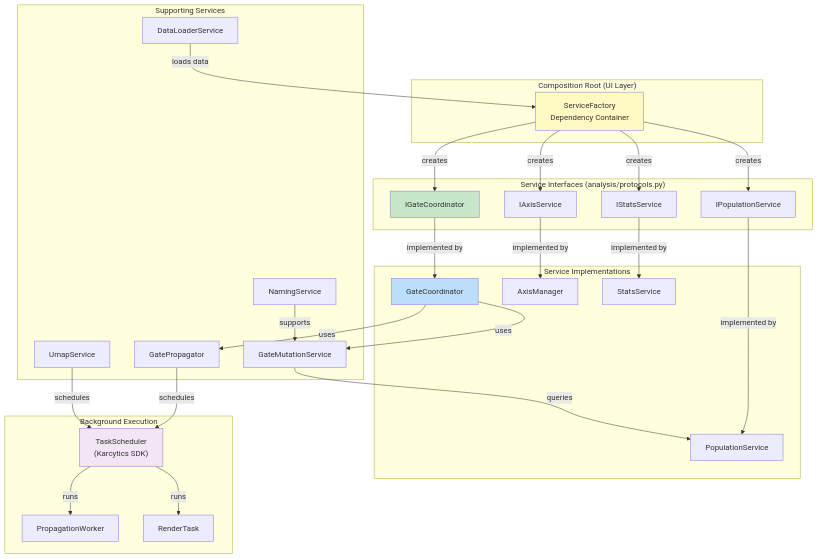
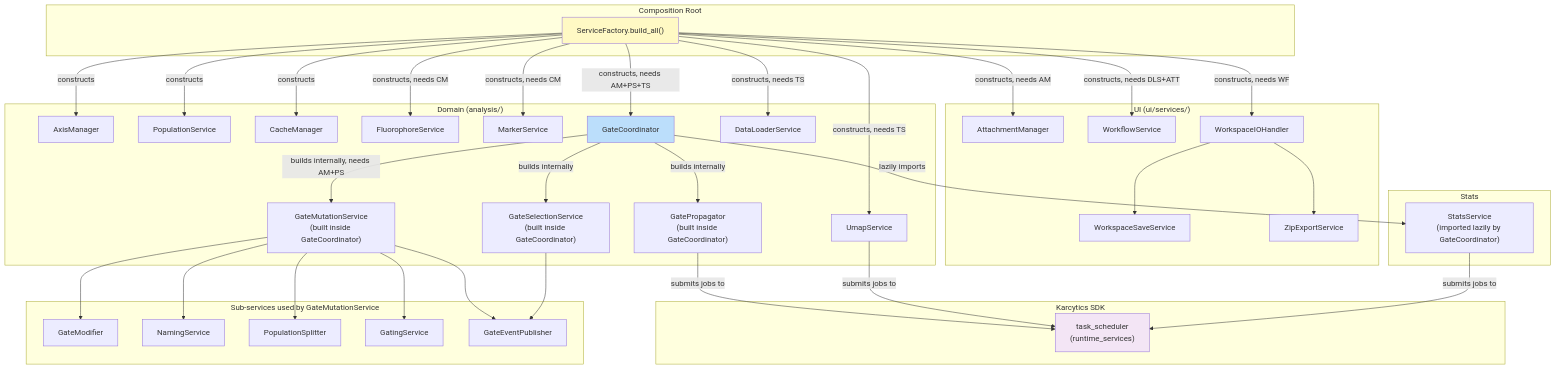
Before and after one commit to KalaimaranB/BioPro-flow-cytometry: the diagram in docs/developer/04_SERVICES_AND_DEPENDENCY_INJECTION.md, drawn with Mermaid. The commit also changed other lines of this file and 53 other files, not shown here.

````diff
--- a/docs/developer/04_SERVICES_AND_DEPENDENCY_INJECTION.md
+++ b/docs/developer/04_SERVICES_AND_DEPENDENCY_INJECTION.md
@@ -11,60 +82,78 @@
 ```mermaid
 graph TB
-    subgraph "Composition Root (UI Layer)"
-        SF["ServiceFactory<br/>Dependency Container"]
+    subgraph SDK["Karcytics SDK"]
+        TS["task_scheduler<br/>(runtime_services)"]
     end
 
-    subgraph "Service Interfaces (analysis/protocols.py)"
-        IGC["IGateCoordinator"]
-        IPS["IPopulationService"]
-        IAS["IAxisService"]
-        ISS["IStatsService"]
+    subgraph Root["Composition Root"]
+        SF["ServiceFactory.build_all()"]
     end
 
-    subgraph "Service Implementations"
+    subgraph Domain["Domain (analysis/)"]
+        AM["AxisManager"]
+        PS["PopulationService"]
+        CM["CacheManager"]
+        FS["FluorophoreService"]
+        MS["MarkerService"]
         GC["GateCoordinator"]
-        PS["PopulationService"]
-        AS["AxisManager"]
-        SS["StatsService"]
+        GP["GatePropagator<br/>(built inside GateCoordinator)"]
+        SEL["GateSelectionService<br/>(built inside GateCoordinator)"]
+        MUT["GateMutationService<br/>(built inside GateCoordinator)"]
+        DLS["DataLoaderService"]
+        US["UmapService"]
     end
 
-    subgraph "Supporting Services"
-        GMS["GateMutationService"]
-        GP["GatePropagator"]
-        NS["NamingService"]
-        US["UmapService"]
-        DLS["DataLoaderService"]
+    subgraph MutationDeps["Sub-services used by GateMutationService"]
+        MOD["GateModifier"]
+        NAM["NamingService"]
+        SPL["PopulationSplitter"]
+        GS["GatingService"]
+        PUB["GateEventPublisher"]
     end
 
-    subgraph "Background Execution"
-        TS["TaskScheduler<br/>(Karcytics SDK)"]
-        PW["PropagationWorker"]
-        RW["RenderTask"]
+    subgraph UI["UI (ui/services/)"]
+        ATT["AttachmentManager"]
+        WF["WorkflowService"]
+        WIO["WorkspaceIOHandler"]
+        WSS["WorkspaceSaveService"]
+        ZIP["ZipExportService"]
     end
 
-    SF -->|creates| IGC
-    SF -->|creates| IPS
-    SF -->|creates| IAS
-    SF -->|creates| ISS
+    subgraph Stats["Stats"]
+        STS["StatsService<br/>(imported lazily by GateCoordinator)"]
+    end
 
-    IGC -->|implemented by| GC
-    IPS -->|implemented by| PS
-    IAS -->|implemented by| AS
-    ISS -->|implemented by| SS
+    SF -->|constructs| AM
+    SF -->|constructs| PS
+    SF -->|constructs| CM
+    SF -->|constructs, needs CM| FS
+    SF -->|constructs, needs CM| MS
+    SF -->|constructs, needs AM+PS+TS| GC
+    SF -->|constructs, needs TS| DLS
+    SF -->|constructs, needs AM| ATT
+    SF -->|constructs, needs DLS+ATT| WF
+    SF -->|constructs, needs TS| US
+    SF -->|constructs, needs WF| WIO
 
-    GC -->|uses| GMS
-    GC -->|uses| GP
-    GMS -->|queries| PS
-    GP -->|schedules| TS
-    TS -->|runs| PW
-    TS -->|runs| RW
+    GC -->|builds internally| GP
+    GC -->|builds internally| SEL
+    GC -->|builds internally, needs AM+PS| MUT
+    GP -->|submits jobs to| TS
+    US -->|submits jobs to| TS
 
-    NS -->|supports| GMS
-    US -->|schedules| TS
-    DLS -->|loads data| SF
+    MUT --> MOD
+    MUT --> NAM
+    MUT --> SPL
+    MUT --> GS
+    MUT --> PUB
+    SEL --> PUB
+    GC -->|lazily imports| STS
+    STS -->|submits jobs to| TS
+
+    WIO --> WSS
+    WIO --> ZIP
 
     style SF fill:#fff9c4
-    style IGC fill:#c8e6c9
     style GC fill:#bbdefb
     style TS fill:#f3e5f5
 ```
````
